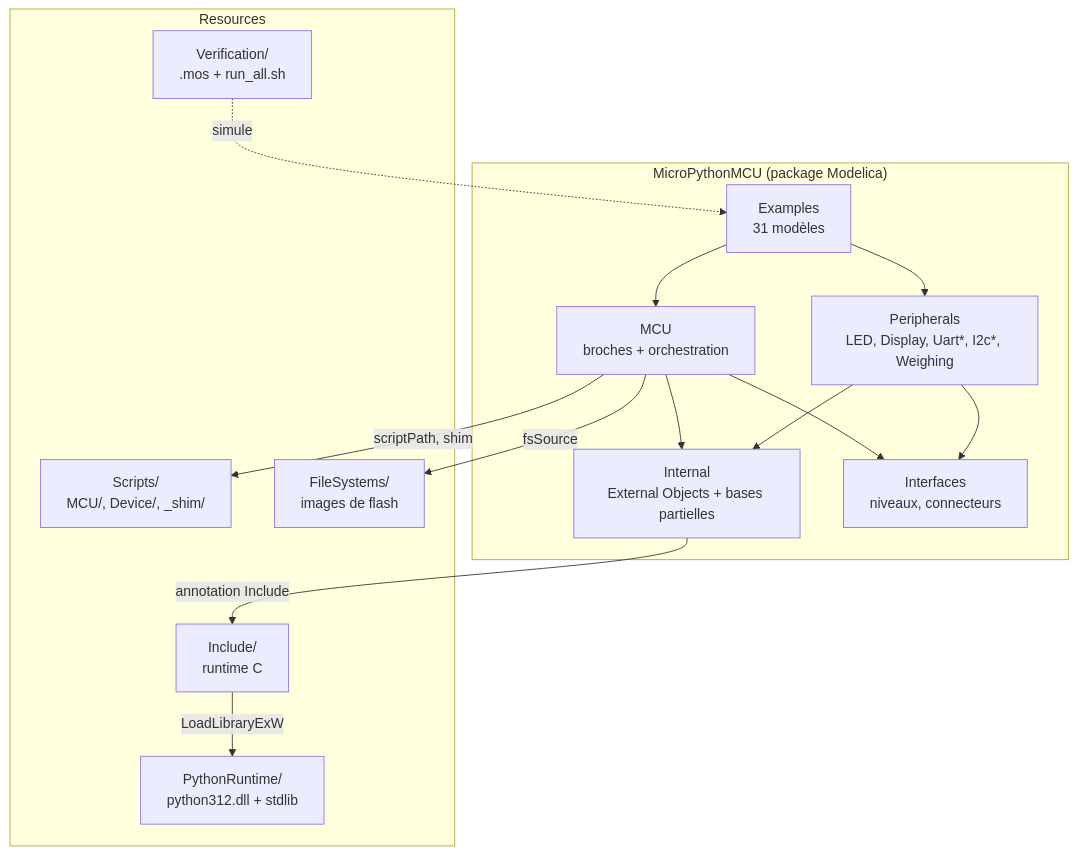
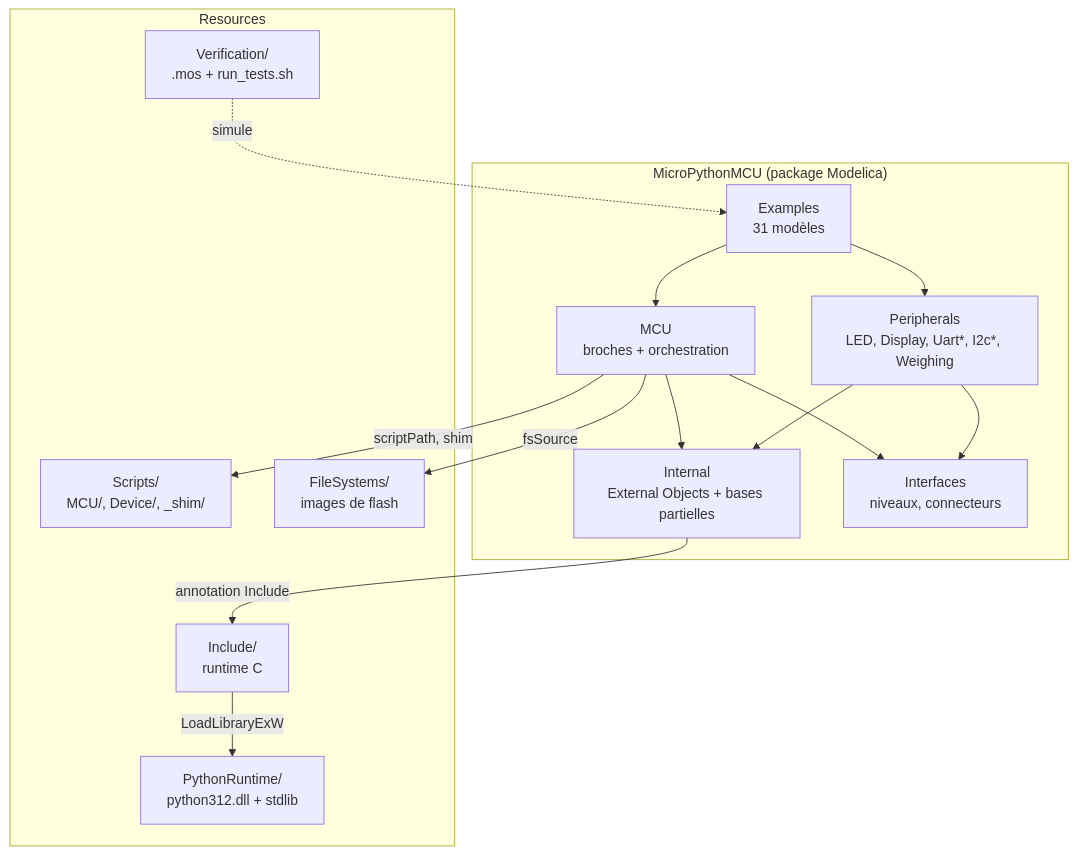
The diagram in docs/fr/interne/architecture.md (bdelaup/modelica_micropython), drawn with Mermaid before and after one commit. The commit also changed 12 other files, not shown here.

````diff
--- a/docs/fr/interne/architecture.md
+++ b/docs/fr/interne/architecture.md
@@ -10,28 +10,28 @@
 ```mermaid
 flowchart TB
     subgraph LIB["MicroPythonMCU (package Modelica)"]
         Examples["Examples<br/>31 modèles"]
         MCU["MCU<br/>broches + orchestration"]
         Peripherals["Peripherals<br/>LED, Display, Uart*, I2c*, Weighing"]
         Internal["Internal<br/>External Objects + bases partielles"]
         Interfaces["Interfaces<br/>niveaux, connecteurs"]
     end
     subgraph RES["Resources"]
         Include["Include/<br/>runtime C"]
         PythonRuntime["PythonRuntime/<br/>python312.dll + stdlib"]
         Scripts["Scripts/<br/>MCU/, Device/, _shim/"]
         FileSystems["FileSystems/<br/>images de flash"]
-        Verification["Verification/<br/>.mos + run_all.sh"]
+        Verification["Verification/<br/>.mos + run_tests.sh"]
     end
     Examples --> MCU
     Examples --> Peripherals
     MCU --> Internal
     Peripherals --> Internal
     MCU --> Interfaces
     Peripherals --> Interfaces
     Internal -- "annotation Include" --> Include
     Include -- "LoadLibraryExW" --> PythonRuntime
     MCU -- "scriptPath, shim" --> Scripts
     MCU -- "fsSource" --> FileSystems
     Verification -. "simule" .-> Examples
 ```
````
